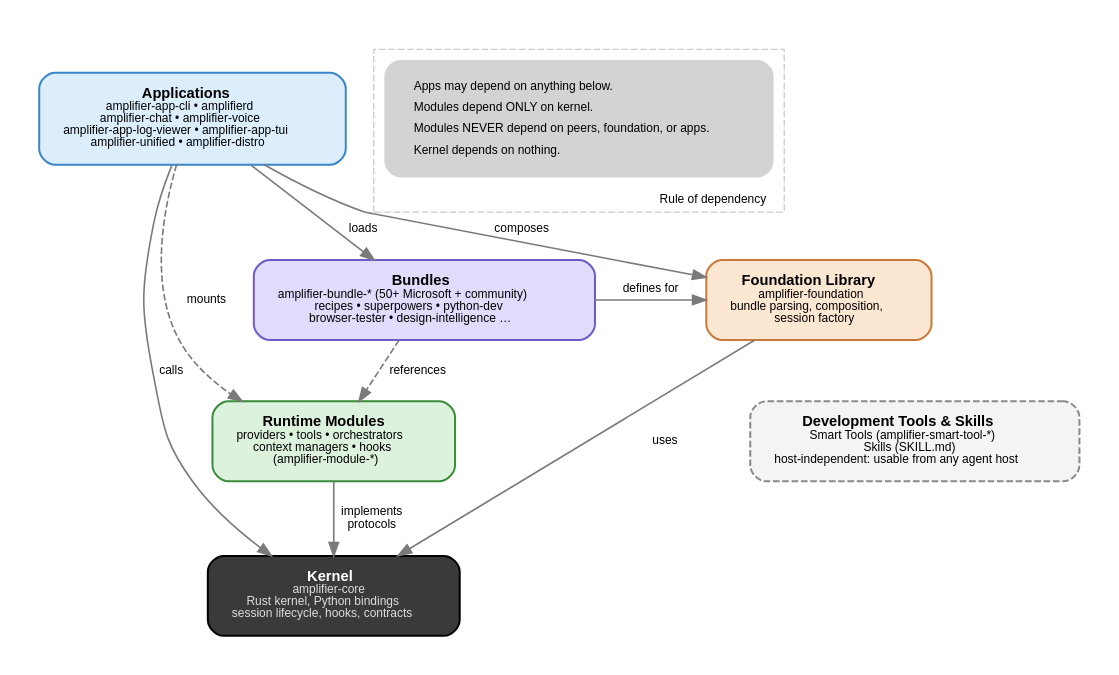
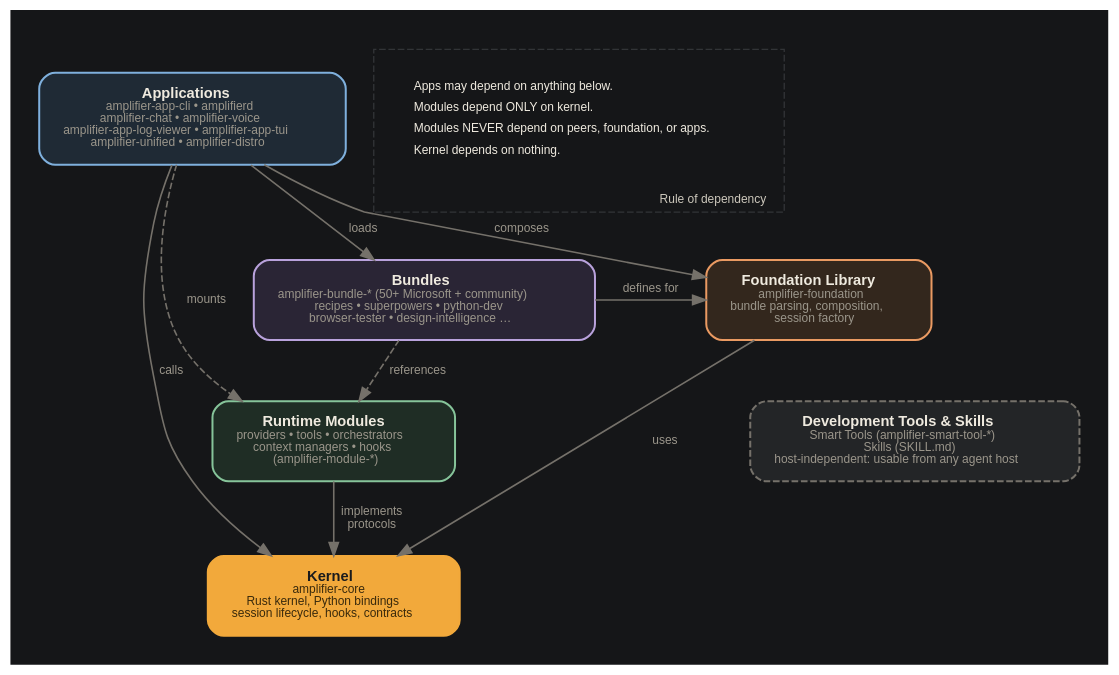
The diagram in assets/diagrams/architecture-stack.dot (michaeljabbour/amplifier-dx), drawn with Graphviz before and after one commit. The commit also changed 24 other files, not shown here.

Commit message:
feat(diagrams): restyle diagrams to the site palette and rebuild the external-app diagram

```diff
--- a/assets/diagrams/architecture-stack.dot
+++ b/assets/diagrams/architecture-stack.dot
@@ -1,110 +1,116 @@
 /*
  * Amplifier Architecture Stack
  *
  * Source-of-truth reference: github.com/microsoft/amplifier/docs/REPOSITORY_RULES.md
  *
  * Shows the 5-tier dependency hierarchy. Arrows point from consumer to dependency.
  * Strict rule: dependencies flow strictly downward. Modules can only know the kernel.
  */
 digraph AmplifierStack {
     rankdir=TB;
-    bgcolor="white";
+    bgcolor="#151618";
+    fontname="Helvetica";
+    fontcolor="#cdc8bc";
     pad=0.3;
     nodesep=0.4;
     ranksep=0.5;
-    fontname="Helvetica";
 
     node [
         shape=box,
+        fontcolor="#efeadf",
+        color="#4a4d51",
+        fillcolor="#232527",
         style="filled,rounded",
         fontname="Helvetica",
         fontsize=11,
         margin="0.25,0.15",
         penwidth=1.5
     ];
 
     edge [
         fontname="Helvetica",
+        fontcolor="#9b968b",
         fontsize=9,
-        color="#7a7a7a",
+        color="#75716a",
         penwidth=1.2
     ];
 
     // === LAYERS ===
     apps [
-        label=<<B>Applications</B><BR/><FONT POINT-SIZE="9" COLOR="#444">amplifier-app-cli &#8226; amplifierd<BR/>amplifier-chat &#8226; amplifier-voice<BR/>amplifier-app-log-viewer &#8226; amplifier-app-tui<BR/>amplifier-unified &#8226; amplifier-distro</FONT>>,
-        fillcolor="#dceefc",
-        color="#3a86c8"
+        label=<<B>Applications</B><BR/><FONT POINT-SIZE="9" COLOR="#9b968b">amplifier-app-cli &#8226; amplifierd<BR/>amplifier-chat &#8226; amplifier-voice<BR/>amplifier-app-log-viewer &#8226; amplifier-app-tui<BR/>amplifier-unified &#8226; amplifier-distro</FONT>>,
+        fillcolor="#1f2a35",
+        color="#7fb0dd"
     ];
 
     bundles [
-        label=<<B>Bundles</B><BR/><FONT POINT-SIZE="9" COLOR="#444">amplifier-bundle-* (50+ Microsoft + community)<BR/>recipes &#8226; superpowers &#8226; python-dev<BR/>browser-tester &#8226; design-intelligence &#8230;</FONT>>,
-        fillcolor="#e2dcfc",
-        color="#7059c8"
+        label=<<B>Bundles</B><BR/><FONT POINT-SIZE="9" COLOR="#9b968b">amplifier-bundle-* (50+ Microsoft + community)<BR/>recipes &#8226; superpowers &#8226; python-dev<BR/>browser-tester &#8226; design-intelligence &#8230;</FONT>>,
+        fillcolor="#2a2535",
+        color="#b9a2dc"
     ];
 
     foundation [
-        label=<<B>Foundation Library</B><BR/><FONT POINT-SIZE="9" COLOR="#444">amplifier-foundation<BR/>bundle parsing, composition,<BR/>session factory</FONT>>,
-        fillcolor="#fce8d2",
-        color="#c87a3a"
+        label=<<B>Foundation Library</B><BR/><FONT POINT-SIZE="9" COLOR="#9b968b">amplifier-foundation<BR/>bundle parsing, composition,<BR/>session factory</FONT>>,
+        fillcolor="#33271d",
+        color="#ea9a62"
     ];
 
     modules [
-        label=<<B>Runtime Modules</B><BR/><FONT POINT-SIZE="9" COLOR="#444">providers &#8226; tools &#8226; orchestrators<BR/>context managers &#8226; hooks<BR/>(amplifier-module-*)</FONT>>,
-        fillcolor="#dcf2dc",
-        color="#3a8c3a"
+        label=<<B>Runtime Modules</B><BR/><FONT POINT-SIZE="9" COLOR="#9b968b">providers &#8226; tools &#8226; orchestrators<BR/>context managers &#8226; hooks<BR/>(amplifier-module-*)</FONT>>,
+        fillcolor="#1f2d25",
+        color="#86c49a"
     ];
 
     kernel [
-        label=<<B>Kernel</B><BR/><FONT POINT-SIZE="9" COLOR="#dddddd">amplifier-core<BR/>Rust kernel, Python bindings<BR/>session lifecycle, hooks, contracts</FONT>>,
-        fillcolor="#3a3a3a",
-        fontcolor="white",
-        color="#000000"
+        label=<<B>Kernel</B><BR/><FONT POINT-SIZE="9" COLOR="#3a2a0c">amplifier-core<BR/>Rust kernel, Python bindings<BR/>session lifecycle, hooks, contracts</FONT>>,
+        fillcolor="#f2a93b",
+        fontcolor="#1a1b1d",
+        color="#f2a93b"
     ];
 
     devtools [
-        label=<<B>Development Tools &amp; Skills</B><BR/><FONT POINT-SIZE="9" COLOR="#444">Smart Tools (amplifier-smart-tool-*)<BR/>Skills (SKILL.md)<BR/>host-independent: usable from any agent host</FONT>>,
-        fillcolor="#f4f4f4",
-        color="#8a8a8a",
+        label=<<B>Development Tools &amp; Skills</B><BR/><FONT POINT-SIZE="9" COLOR="#9b968b">Smart Tools (amplifier-smart-tool-*)<BR/>Skills (SKILL.md)<BR/>host-independent: usable from any agent host</FONT>>,
+        fillcolor="#232527",
+        color="#75716a",
         style="filled,rounded,dashed"
     ];
 
     // === EDGES (consumer -> dependency) ===
     apps   -> bundles    [label=" loads "];
     apps   -> foundation [label=" composes "];
     apps   -> modules    [style=dashed, label=" mounts "];
     apps   -> kernel     [label=" calls "];
 
     bundles    -> foundation [label=" defines for "];
     bundles    -> modules    [style=dashed, label=" references "];
 
     foundation -> kernel [label=" uses "];
 
     modules    -> kernel [label=" implements\nprotocols "];
 
     // === RANKING ===
     { rank=same; apps; }
     { rank=same; bundles; foundation; }
     { rank=same; modules; devtools; }
     { rank=same; kernel; }
 
     // === LEGEND ===
     subgraph cluster_legend {
         label="Rule of dependency";
         labelloc=b;
         labeljust=r;
         fontsize=9;
-        color="#cccccc";
+        color="#323437";
         style=dashed;
 
         rule [
             shape=plaintext,
+        style="",
             label=<<TABLE BORDER="0" CELLBORDER="0" CELLSPACING="2">
                 <TR><TD ALIGN="LEFT"><FONT POINT-SIZE="9">Apps may depend on anything below.</FONT></TD></TR>
                 <TR><TD ALIGN="LEFT"><FONT POINT-SIZE="9">Modules depend ONLY on kernel.</FONT></TD></TR>
                 <TR><TD ALIGN="LEFT"><FONT POINT-SIZE="9">Modules NEVER depend on peers, foundation, or apps.</FONT></TD></TR>
                 <TR><TD ALIGN="LEFT"><FONT POINT-SIZE="9">Kernel depends on nothing.</FONT></TD></TR>
             </TABLE>>
         ];
     }
 }
```
